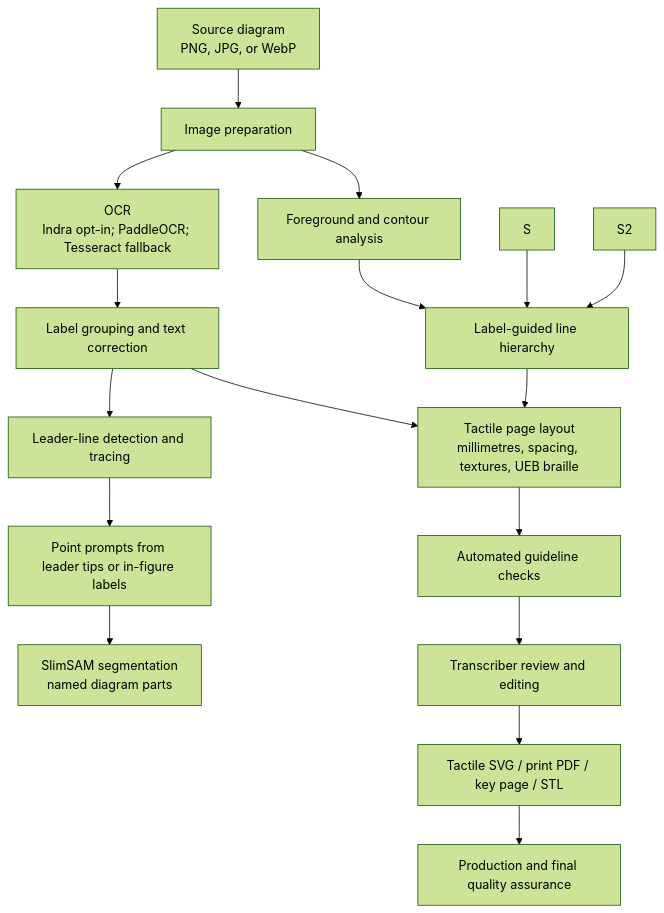
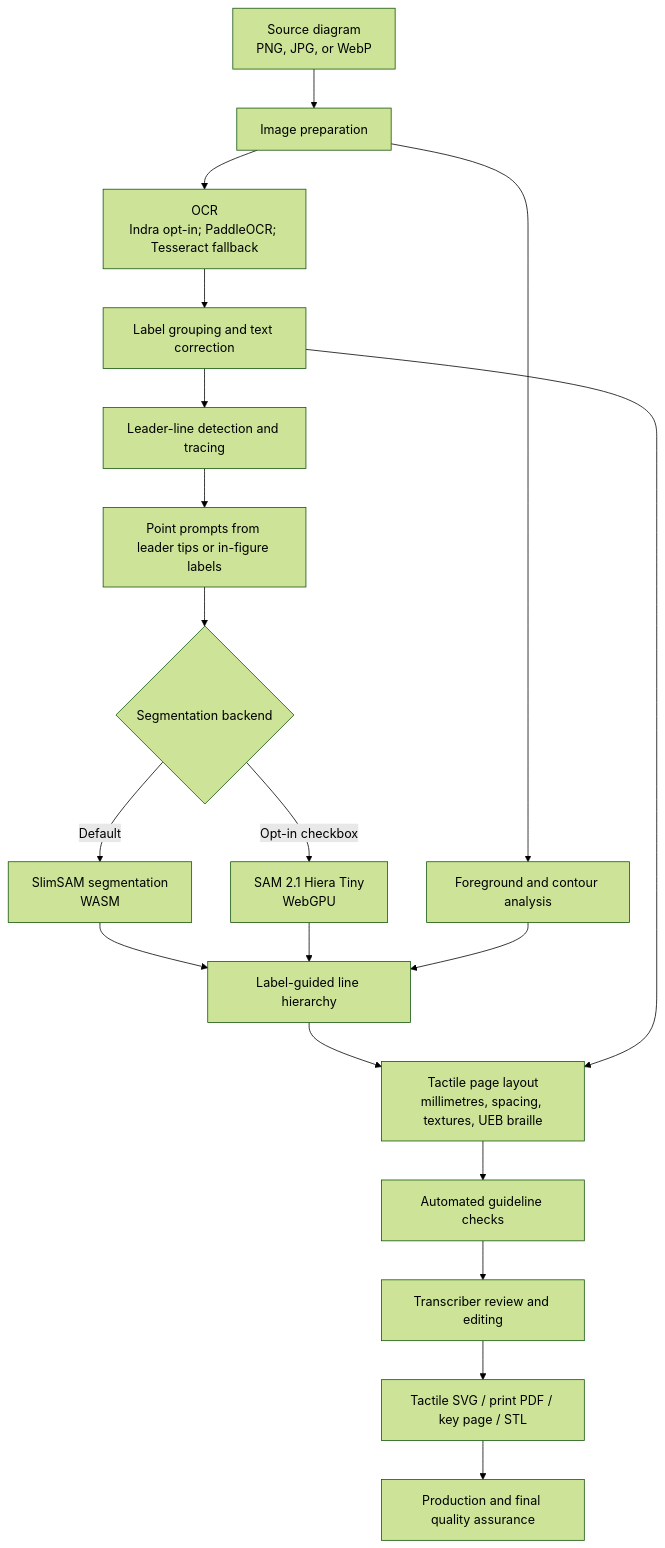
Before and after one commit to mrhunsaker/TactiDiagram: the diagram in README.md, drawn with Mermaid (forest theme).

Commit message:
docs: correct README segmentation flow diagram

````diff
--- a/README.md
+++ b/README.md
@@ -31,19 +31,21 @@
 ```mermaid
 flowchart TD
     A["Source diagram<br/>PNG, JPG, or WebP"] --> B["Image preparation"]
     B --> C["OCR<br/>Indra opt-in; PaddleOCR; Tesseract fallback"]
     C --> D["Label grouping and text correction"]
     D --> E["Leader-line detection and tracing"]
     E --> F["Point prompts from leader tips or in-figure labels"]
-    F --> G["SlimSAM segmentation<br/>named diagram parts"]
+    F --> G{"Segmentation backend"}
+    G -->|Default| S["SlimSAM segmentation<br/>WASM"]
+    G -->|Opt-in checkbox| S2["SAM 2.1 Hiera Tiny<br/>WebGPU"]
     B --> H["Foreground and contour analysis"]
     S --> I["Label-guided line hierarchy"]
     S2 --> I
     H --> I
     I --> J["Tactile page layout<br/>millimetres, spacing, textures, UEB braille"]
     D --> J
     J --> K["Automated guideline checks"]
     K --> L["Transcriber review and editing"]
     L --> M["Tactile SVG / print PDF / key page / STL"]
     M --> N["Production and final quality assurance"]
 ```
````
